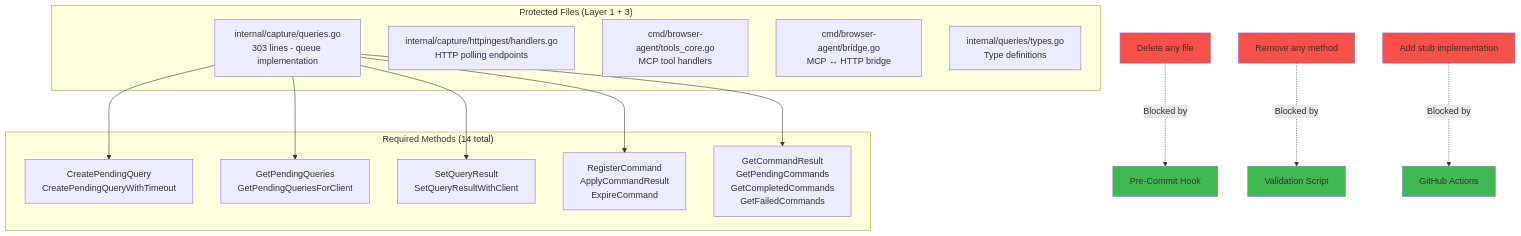
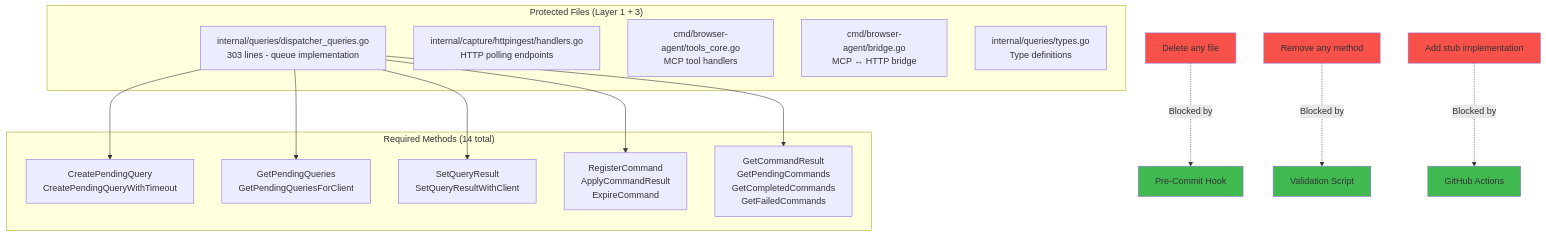
Before and after one commit to brennhill/Kaboom-Browser-AI-Devtools-MCP: the fifth of 6 diagrams in docs/architecture/diagrams/quality/5-layer-protection.md, drawn with Mermaid. The commit also changed 196 other files, not shown here.

````diff
--- a/docs/architecture/diagrams/quality/5-layer-protection.md
+++ b/docs/architecture/diagrams/quality/5-layer-protection.md
@@ -193,35 +193,35 @@
 ```mermaid
 graph TB
     subgraph "Protected Files (Layer 1 + 3)"
-        F1[internal/capture/queries.go<br/>303 lines - queue implementation]
+        F1[internal/queries/dispatcher_queries.go<br/>303 lines - queue implementation]
         F2[internal/capture/httpingest/handlers.go<br/>HTTP polling endpoints]
         F3[cmd/browser-agent/tools_core.go<br/>MCP tool handlers]
         F4[cmd/browser-agent/bridge.go<br/>MCP ↔ HTTP bridge]
         F5[internal/queries/types.go<br/>Type definitions]
     end
 
     subgraph "Required Methods (14 total)"
         M1[CreatePendingQuery<br/>CreatePendingQueryWithTimeout]
         M2[GetPendingQueries<br/>GetPendingQueriesForClient]
         M3[SetQueryResult<br/>SetQueryResultWithClient]
         M4[RegisterCommand<br/>ApplyCommandResult<br/>ExpireCommand]
         M5[GetCommandResult<br/>GetPendingCommands<br/>GetCompletedCommands<br/>GetFailedCommands]
     end
 
     F1 --> M1
     F1 --> M2
     F1 --> M3
     F1 --> M4
     F1 --> M5
 
     Delete[Delete any file] -.->|Blocked by| Layer1[Pre-Commit Hook]
     Remove[Remove any method] -.->|Blocked by| Layer3[Validation Script]
     Stub[Add stub implementation] -.->|Blocked by| Layer4[GitHub Actions]
 
     style Delete fill:#f85149
     style Remove fill:#f85149
     style Stub fill:#f85149
     style Layer1 fill:#3fb950
     style Layer3 fill:#3fb950
     style Layer4 fill:#3fb950
 ```
````
